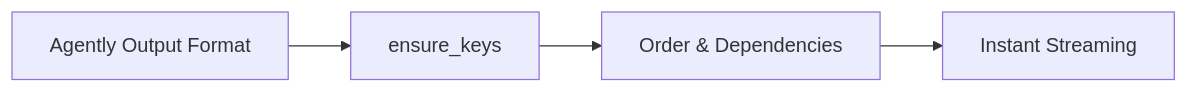
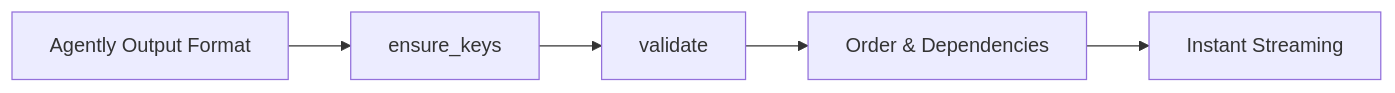
Before and after one commit to reconsumeralization/Agently: the diagram in docs/output-control/overview.md, drawn with Mermaid. The commit also changed other lines of this file and 15 other files, not shown here.

````diff
--- a/docs/output-control/overview.md
+++ b/docs/output-control/overview.md
@@ -20,6 +21,7 @@
 ```mermaid
 flowchart LR
   F[Agently Output Format] --> E[ensure_keys]
-  E --> O[Order & Dependencies]
+  E --> V[validate]
+  V --> O[Order & Dependencies]
   O --> S[Instant Streaming]
 ```
````
